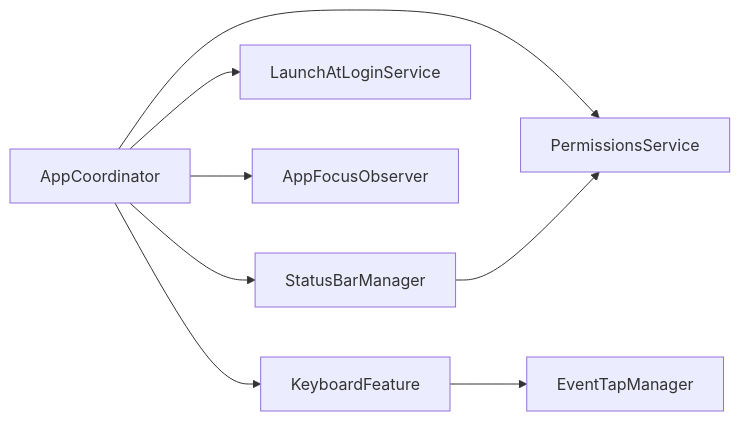
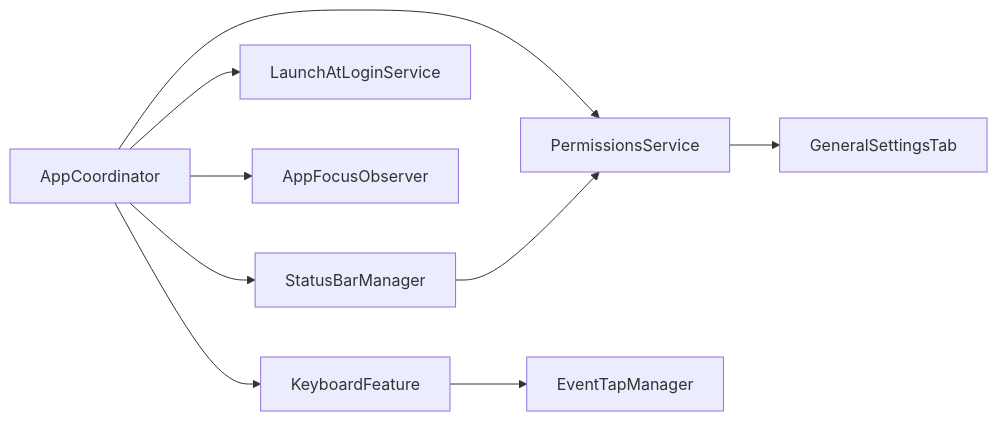
One commit to Nam088/skey changed the ninth of 9 diagrams in .qoder/repowiki/en/content/Architecture Overview/Application Layer Architecture/System Integration Services.md. Above: the diagram before and after it, drawn with Mermaid. The commit also changed other lines of this file and 169 other files, not shown here.

````diff
--- a/.qoder/repowiki/en/content/Architecture Overview/Application Layer Architecture/System Integration Services.md
+++ b/.qoder/repowiki/en/content/Architecture Overview/Application Layer Architecture/System Integration Services.md
@@ -272,10 +338,11 @@
 ```mermaid
 graph LR
 AppCoordinator --> StatusBarManager
 AppCoordinator --> PermissionsService
 AppCoordinator --> LaunchAtLoginService
 AppCoordinator --> AppFocusObserver
 AppCoordinator --> KeyboardFeature
 KeyboardFeature --> EventTapManager
 StatusBarManager --> PermissionsService
+PermissionsService --> GeneralSettingsTab
 ```
````
